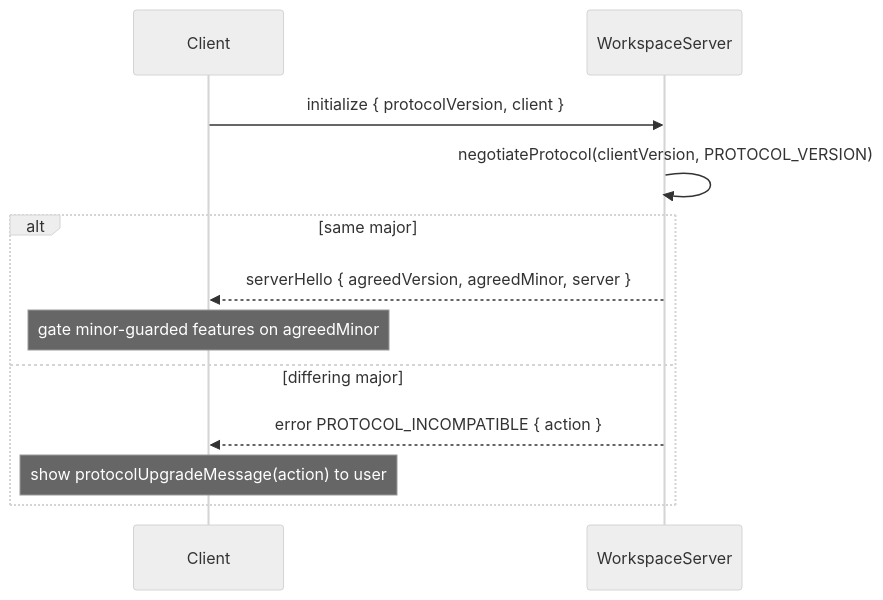
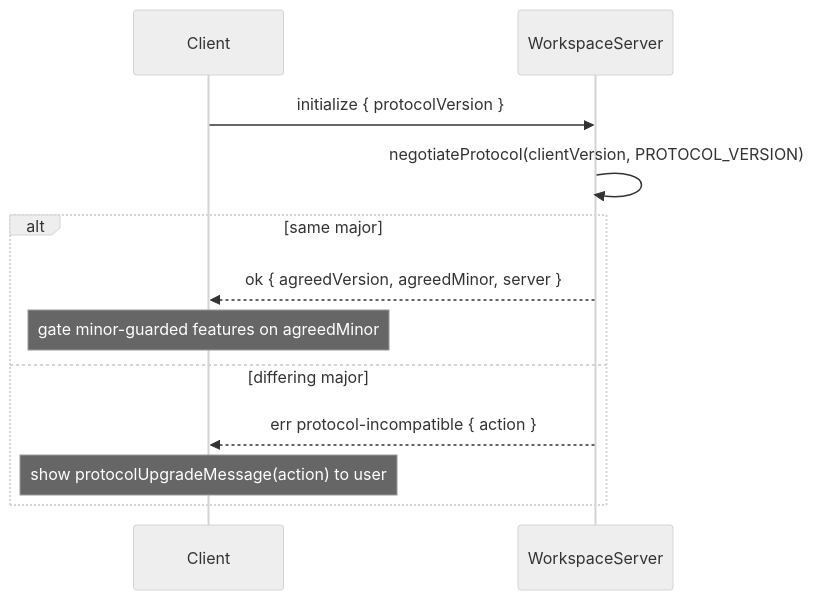
The diagram in agents/architecture/workspace-server.md (generalaction/emdash), drawn with Mermaid (neutral theme) before and after one commit. The commit also changed other lines of this file and 27 other files, not shown here.

````diff
--- a/agents/architecture/workspace-server.md
+++ b/agents/architecture/workspace-server.md
@@ -136,14 +142,14 @@
 ```mermaid
 sequenceDiagram
   participant C as Client
   participant S as WorkspaceServer
-  C->>S: initialize { protocolVersion, client }
+  C->>S: initialize { protocolVersion }
   S->>S: negotiateProtocol(clientVersion, PROTOCOL_VERSION)
   alt same major
-    S-->>C: serverHello { agreedVersion, agreedMinor, server }
+    S-->>C: ok { agreedVersion, agreedMinor, server }
     Note over C: gate minor-guarded features on agreedMinor
   else differing major
-    S-->>C: error PROTOCOL_INCOMPATIBLE { action }
+    S-->>C: err protocol-incompatible { action }
     Note over C: show protocolUpgradeMessage(action) to user
   end
 ```
````
